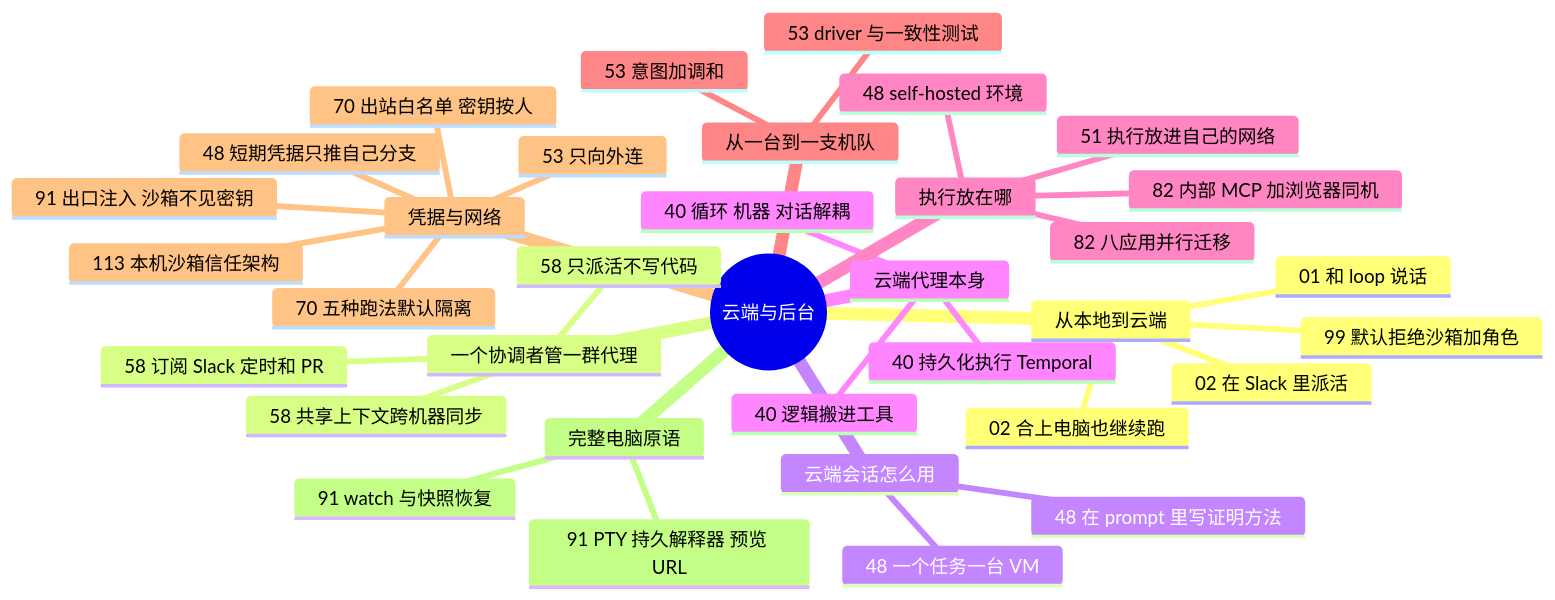
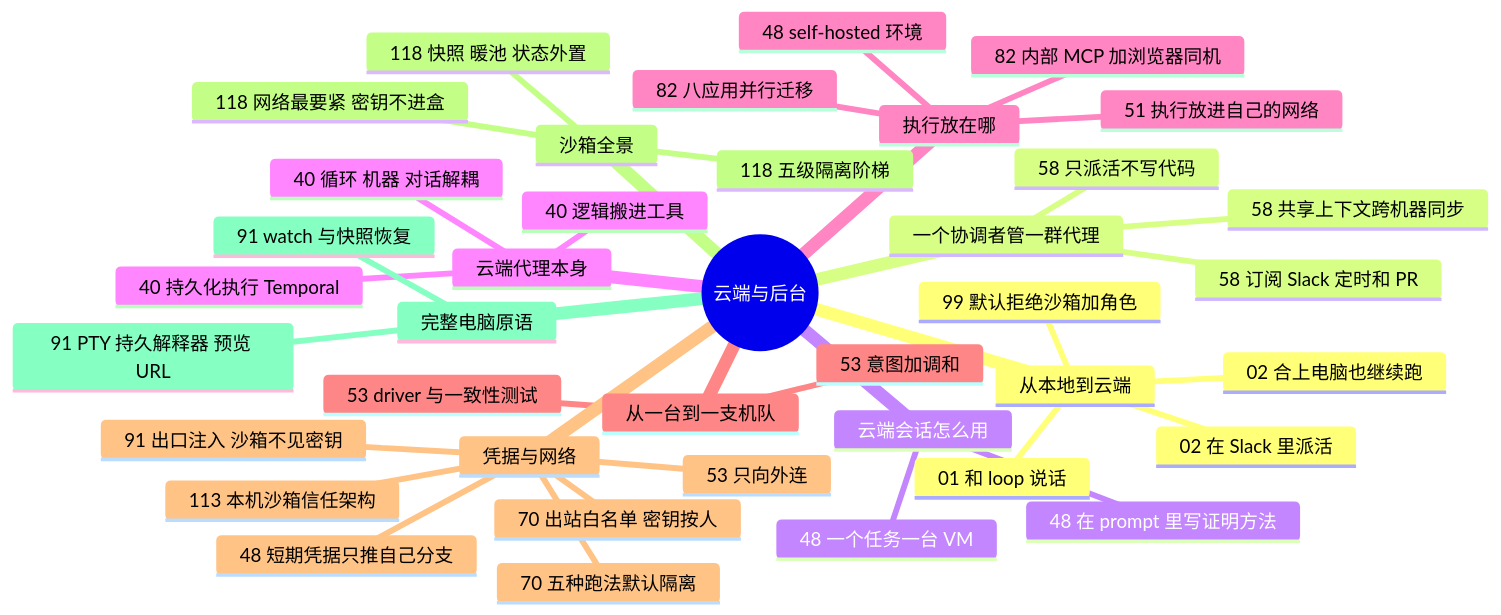
Before and after one commit to yzw7489757/ai-coding-videos: the diagram in docs/guide/cloud.md, drawn with Mermaid. The commit also changed other lines of this file and 17 other files, not shown here.

````diff
--- a/docs/guide/cloud.md
+++ b/docs/guide/cloud.md
@@ -13,38 +13,42 @@
 ```mermaid
 mindmap
   root((云端与后台))
     从本地到云端
       99 默认拒绝沙箱加角色
       01 和 loop 说话
       02 合上电脑也继续跑
       02 在 Slack 里派活
     一个协调者管一群代理
       58 只派活不写代码
       58 共享上下文跨机器同步
       58 订阅 Slack 定时和 PR
     云端会话怎么用
       48 一个任务一台 VM
       48 在 prompt 里写证明方法
     云端代理本身
       40 持久化执行 Temporal
       40 循环 机器 对话解耦
       40 逻辑搬进工具
     执行放在哪
       51 执行放进自己的网络
       48 self-hosted 环境
       82 内部 MCP 加浏览器同机
       82 八应用并行迁移
     从一台到一支机队
       53 意图加调和
       53 driver 与一致性测试
     凭据与网络
       48 短期凭据只推自己分支
       53 只向外连
       70 出站白名单 密钥按人
       70 五种跑法默认隔离
       91 出口注入 沙箱不见密钥
       113 本机沙箱信任架构
+    沙箱全景
+      118 五级隔离阶梯
+      118 快照 暖池 状态外置
+      118 网络最要紧 密钥不进盒
     完整电脑原语
       91 PTY 持久解释器 预览 URL
       91 watch 与快照恢复
 ```
````
